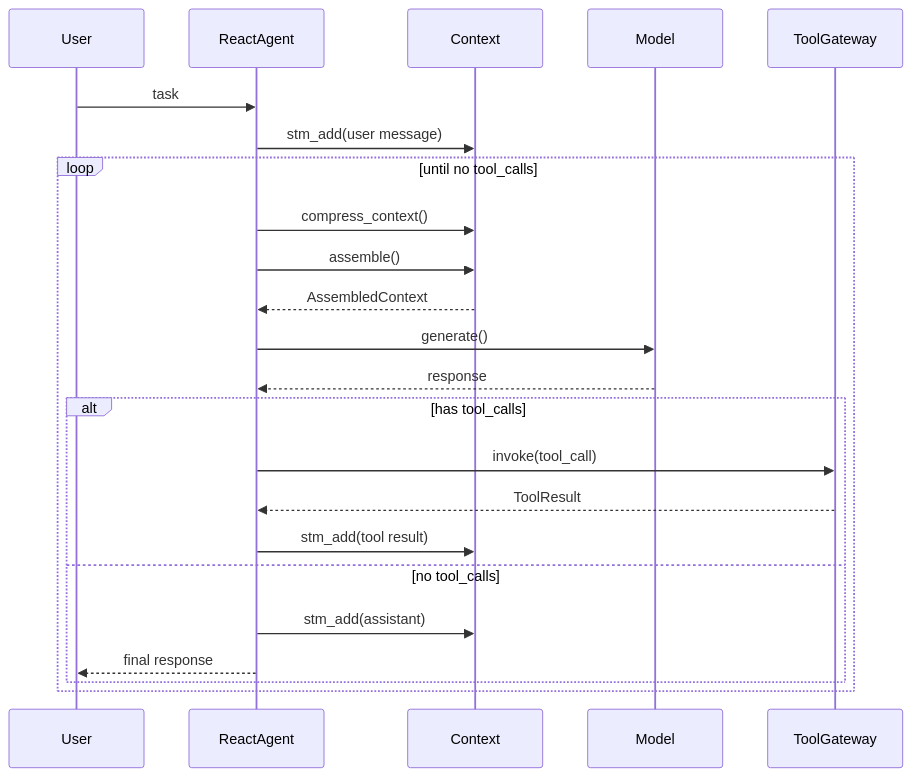
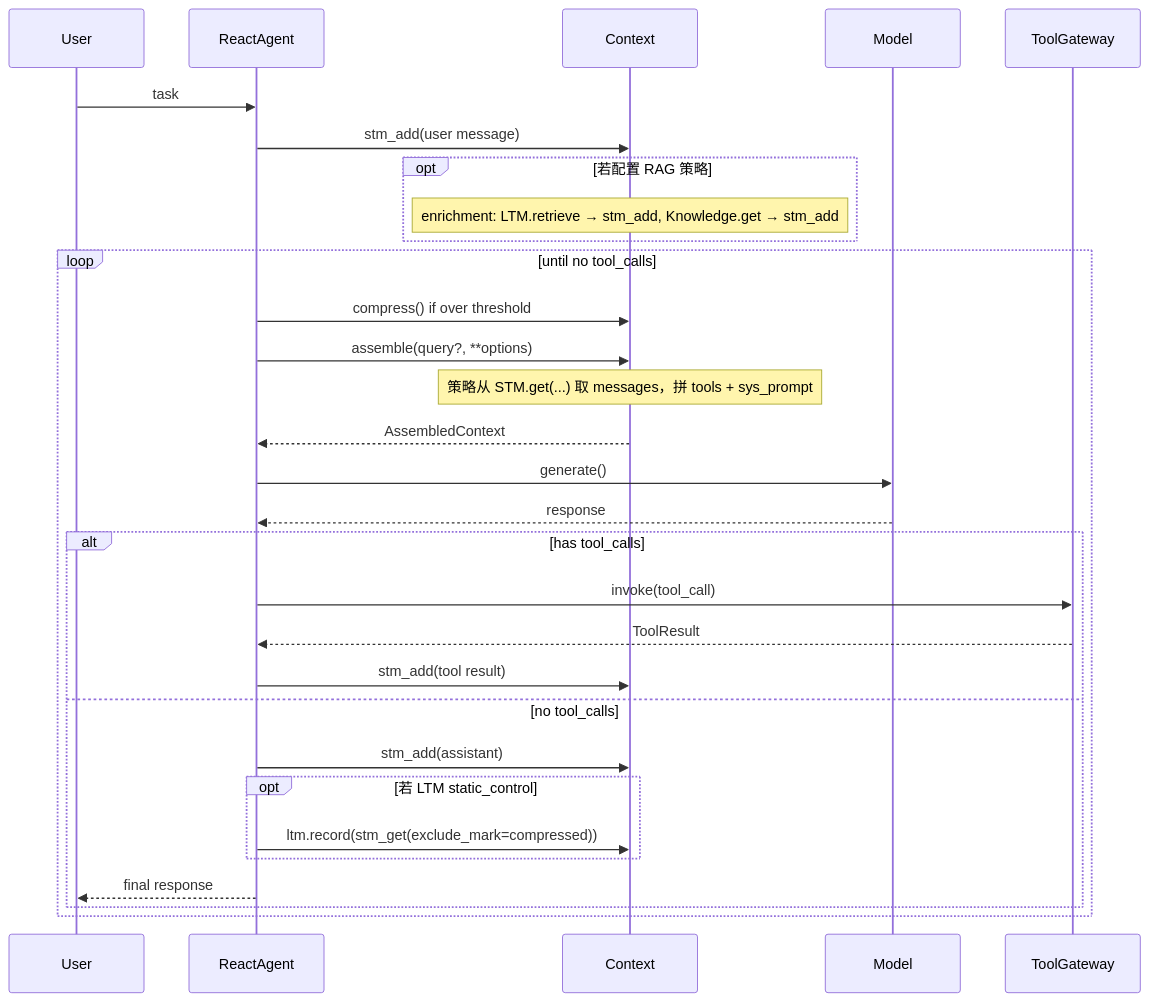
The second of 29 diagrams in docs/DARE_FRAMEWORK_DESIGN.md (clowder-labs/Deterministic-Agent-Runtime-Engine), drawn with Mermaid before and after one commit. The commit also changed other lines of this file and 1 other file, not shown here.

````diff
--- a/docs/DARE_FRAMEWORK_DESIGN.md
+++ b/docs/DARE_FRAMEWORK_DESIGN.md
@@ -124,26 +125,33 @@
 ```mermaid
 sequenceDiagram
   participant U as User
   participant A as ReactAgent
   participant C as Context
   participant M as Model
   participant TG as ToolGateway
 
   U->>A: task
   A->>C: stm_add(user message)
+  opt 若配置 RAG 策略
+    Note over C: enrichment: LTM.retrieve → stm_add, Knowledge.get → stm_add
+  end
   loop until no tool_calls
-    A->>C: compress_context()
-    A->>C: assemble()
+    A->>C: compress() if over threshold
+    A->>C: assemble(query?, **options)
+    Note over C: 策略从 STM.get(...) 取 messages，拼 tools + sys_prompt
     C-->>A: AssembledContext
     A->>M: generate()
     M-->>A: response
     alt has tool_calls
       A->>TG: invoke(tool_call)
       TG-->>A: ToolResult
       A->>C: stm_add(tool result)
     else no tool_calls
       A->>C: stm_add(assistant)
+      opt 若 LTM static_control
+        A->>C: ltm.record(stm_get(exclude_mark=compressed))
+      end
       A-->>U: final response
     end
   end
 ```
````
